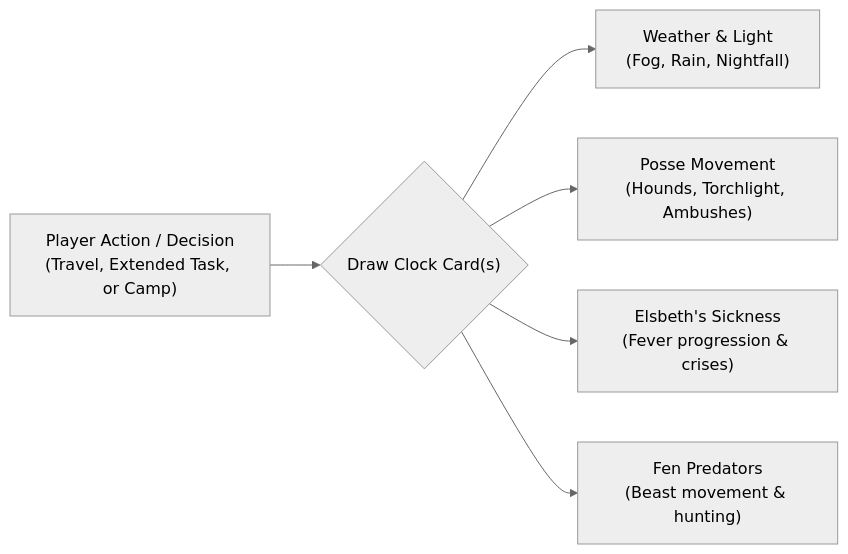
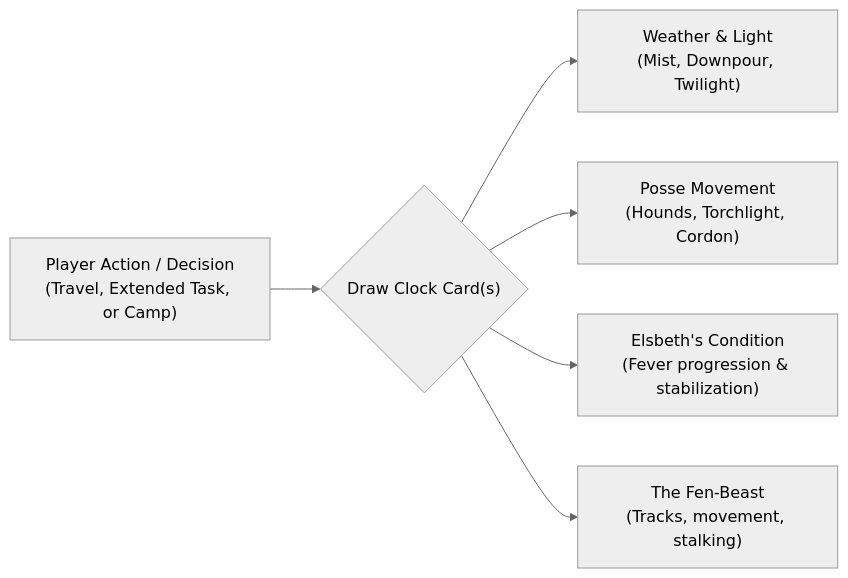
Before and after one commit to tdimiduk/cardpg: the diagram in design/iteration/campaign-weeping-fen/world-clock.md, drawn with Mermaid (neutral theme). The commit also changed other lines of this file and 10 other files, not shown here.

````diff
--- a/design/iteration/campaign-weeping-fen/world-clock.md
+++ b/design/iteration/campaign-weeping-fen/world-clock.md
@@ -26,8 +26,8 @@
 ```mermaid
 flowchart LR
     ACTION["Player Action / Decision<br/>(Travel, Extended Task, or Camp)"] --> TRIGGER{"Draw Clock Card(s)"}
-    TRIGGER --> WEATHER["Weather & Light<br/>(Fog, Rain, Nightfall)"]
-    TRIGGER --> POSSE["Posse Movement<br/>(Hounds, Torchlight, Ambushes)"]
-    TRIGGER --> SICKNESS["Elsbeth's Sickness<br/>(Fever progression & crises)"]
-    TRIGGER --> WILD["Fen Predators<br/>(Beast movement & hunting)"]
+    TRIGGER --> WEATHER["Weather & Light<br/>(Mist, Downpour, Twilight)"]
+    TRIGGER --> POSSE["Posse Movement<br/>(Hounds, Torchlight, Cordon)"]
+    TRIGGER --> SICKNESS["Elsbeth's Condition<br/>(Fever progression & stabilization)"]
+    TRIGGER --> WILD["The Fen-Beast<br/>(Tracks, movement, stalking)"]
 ```
````
